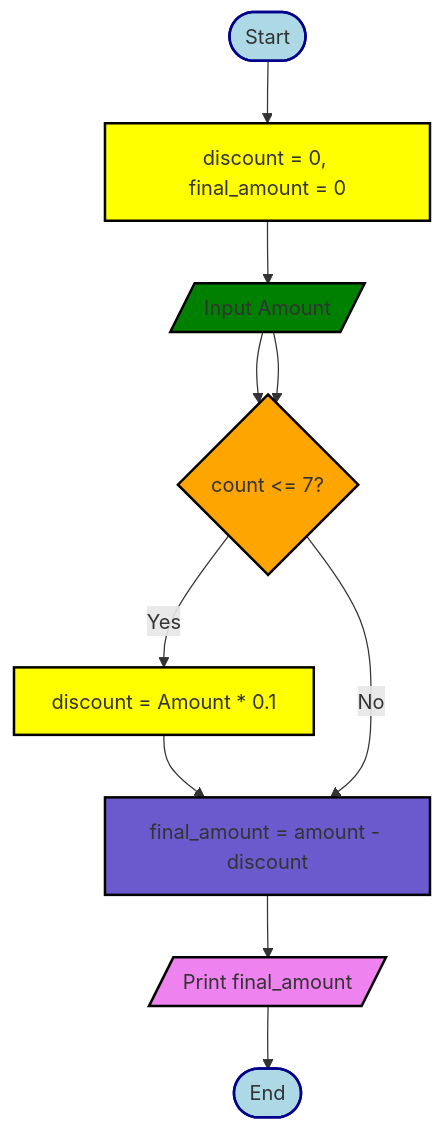
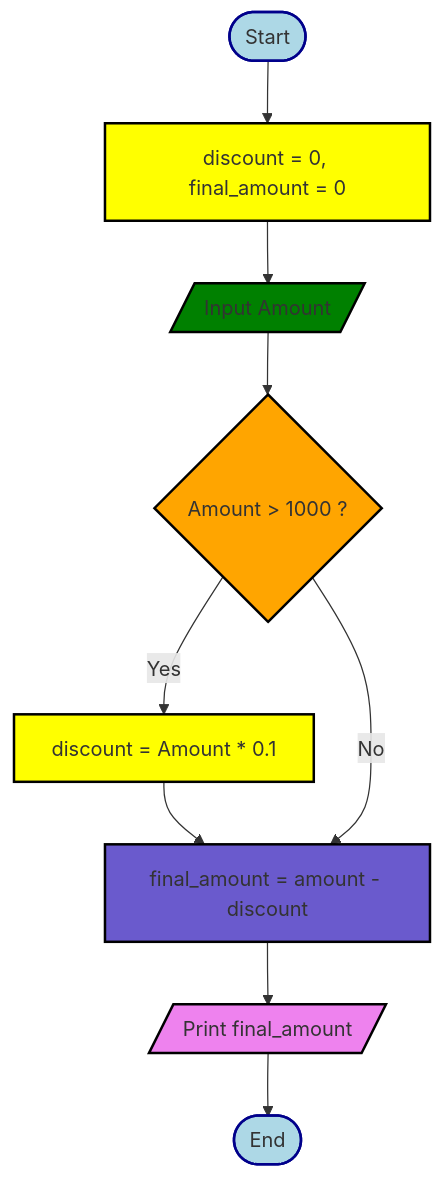
Before and after one commit to Halamohamed/Workshops-Algorithm-Flowchart: the ninth of 9 diagrams in mermaid.md, drawn with Mermaid. The commit also changed other lines of this file, not shown here.

````diff
--- a/mermaid.md
+++ b/mermaid.md
@@ -173,20 +173,19 @@
 ``` mermaid
 flowchart TD
     A([Start]) --> B[discount = 0, final_amount = 0]
     style A fill:lightblue,stroke:darkblue,stroke-width:2px,shadow:shadow
     B --> C[/Input Amount/]
     C --> F{ Amount > 1000 ? }
     style B fill:yellow,stroke:black,stroke-width:2px,shadow:shadow
     style C fill:green,stroke:black,stroke-width:2px,shadow:shadow
-    C --> F{ count <= 7? }
     F --> |Yes| D[discount = Amount * 0.1]
     D --> E[final_amount = amount - discount]
     F --> |No| E
     E --> I[/Print final_amount/]
     I --> S([End])
     style D fill:yellow,stroke:black,stroke-width:2px,shadow:shadow
     style E fill:slateBlue,stroke:black,stroke-width:2px,shadow:shadow
     style F fill:orange,stroke:black,stroke-width:2px,shadow:shadow
     style I fill:violet,stroke:black,stroke-width:2px,shadow:shadow
     style S fill:lightblue,stroke:darkblue,stroke-width:2px,shadow:shadow
 ```
````
